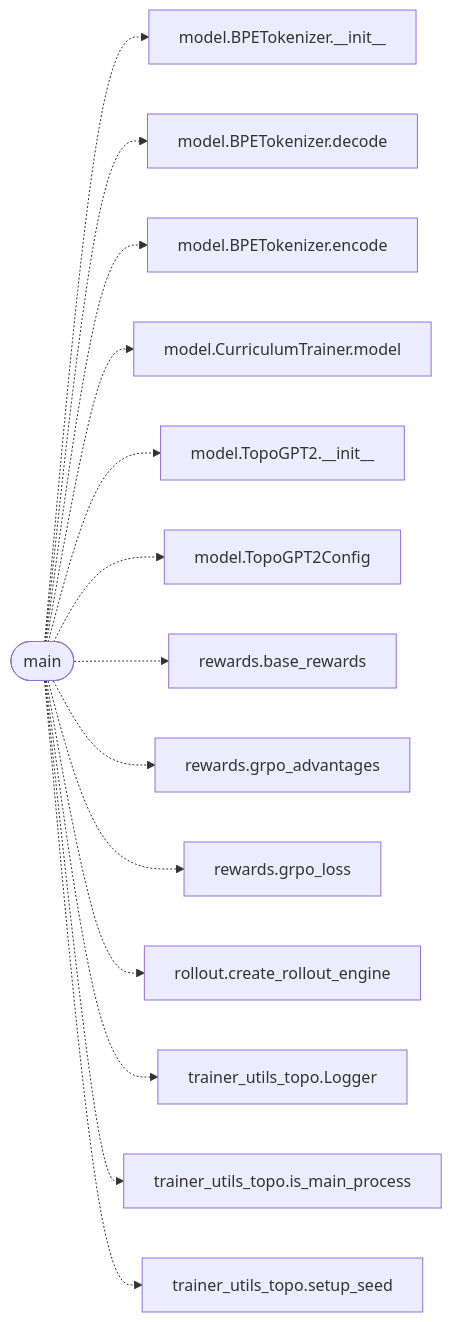
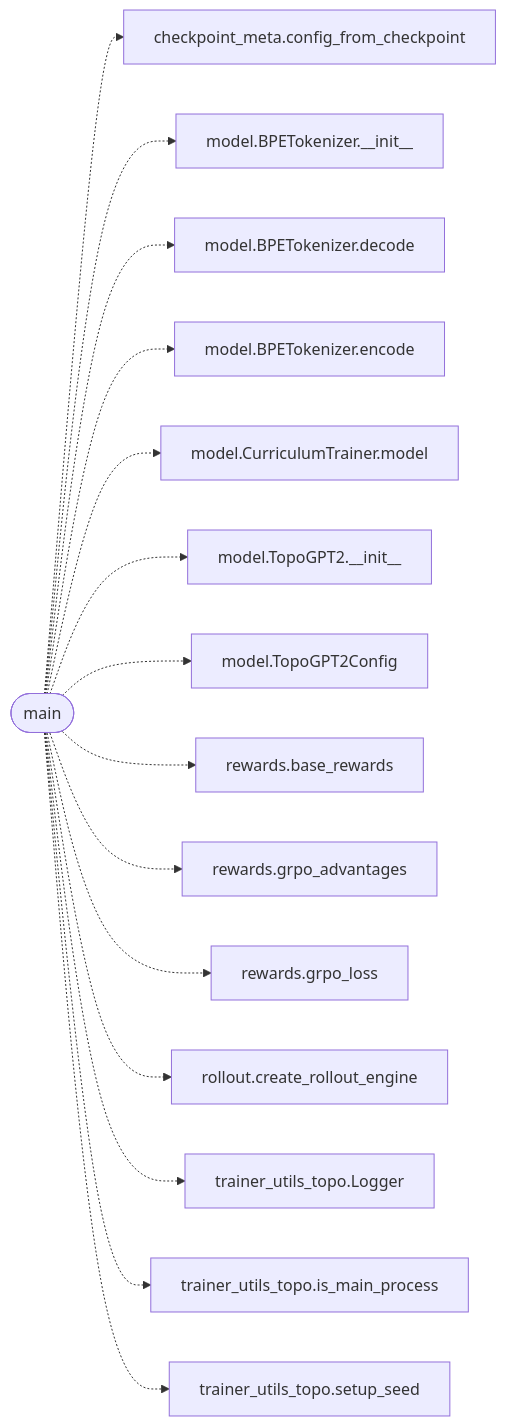
One commit to grisuno/TopoGPT3 changed the diagram in readmenator-apidocs/modules/topogpt3.train_grpo.py.md. Above: the diagram before and after it, drawn with Mermaid. The commit also changed other lines of this file and 185 other files, not shown here.

````diff
--- a/readmenator-apidocs/modules/topogpt3.train_grpo.py.md
+++ b/readmenator-apidocs/modules/topogpt3.train_grpo.py.md
@@ -19,30 +19,32 @@
 ```mermaid
 flowchart LR
     n_topogpt3_train_grpo_py__main(["main"])
+    n_topogpt3_checkpoint_meta_py__config_from_checkpoint["checkpoint_meta.config_from_checkpoint"]
     n_topogpt3_model_py__BPETokenizer___init__["model.BPETokenizer.__init__"]
     n_topogpt3_model_py__BPETokenizer_decode["model.BPETokenizer.decode"]
     n_topogpt3_model_py__BPETokenizer_encode["model.BPETokenizer.encode"]
     n_topogpt3_model_py__CurriculumTrainer_model["model.CurriculumTrainer.model"]
     n_topogpt3_model_py__TopoGPT2___init__["model.TopoGPT2.__init__"]
     n_topogpt3_model_py__TopoGPT2Config["model.TopoGPT2Config"]
     n_topogpt3_rewards_py__base_rewards["rewards.base_rewards"]
     n_topogpt3_rewards_py__grpo_advantages["rewards.grpo_advantages"]
     n_topogpt3_rewards_py__grpo_loss["rewards.grpo_loss"]
     n_topogpt3_rollout_py__create_rollout_engine["rollout.create_rollout_engine"]
     n_topogpt3_trainer_utils_topo_py__Logger["trainer_utils_topo.Logger"]
     n_topogpt3_trainer_utils_topo_py__is_main_process["trainer_utils_topo.is_main_process"]
     n_topogpt3_trainer_utils_topo_py__setup_seed["trainer_utils_topo.setup_seed"]
+    n_topogpt3_train_grpo_py__main -.-> n_topogpt3_checkpoint_meta_py__config_from_checkpoint
     n_topogpt3_train_grpo_py__main -.-> n_topogpt3_model_py__BPETokenizer___init__
     n_topogpt3_train_grpo_py__main -.-> n_topogpt3_model_py__BPETokenizer_decode
     n_topogpt3_train_grpo_py__main -.-> n_topogpt3_model_py__BPETokenizer_encode
     n_topogpt3_train_grpo_py__main -.-> n_topogpt3_model_py__CurriculumTrainer_model
     n_topogpt3_train_grpo_py__main -.-> n_topogpt3_model_py__TopoGPT2___init__
     n_topogpt3_train_grpo_py__main -.-> n_topogpt3_model_py__TopoGPT2Config
     n_topogpt3_train_grpo_py__main -.-> n_topogpt3_rewards_py__base_rewards
     n_topogpt3_train_grpo_py__main -.-> n_topogpt3_rewards_py__grpo_advantages
     n_topogpt3_train_grpo_py__main -.-> n_topogpt3_rewards_py__grpo_loss
     n_topogpt3_train_grpo_py__main -.-> n_topogpt3_rollout_py__create_rollout_engine
     n_topogpt3_train_grpo_py__main -.-> n_topogpt3_trainer_utils_topo_py__Logger
     n_topogpt3_train_grpo_py__main -.-> n_topogpt3_trainer_utils_topo_py__is_main_process
     n_topogpt3_train_grpo_py__main -.-> n_topogpt3_trainer_utils_topo_py__setup_seed
 ```
````
